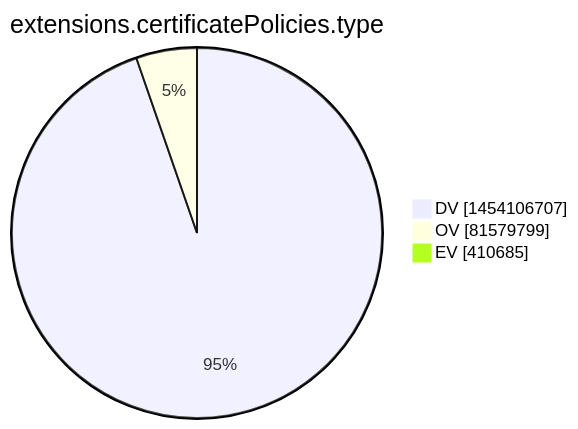
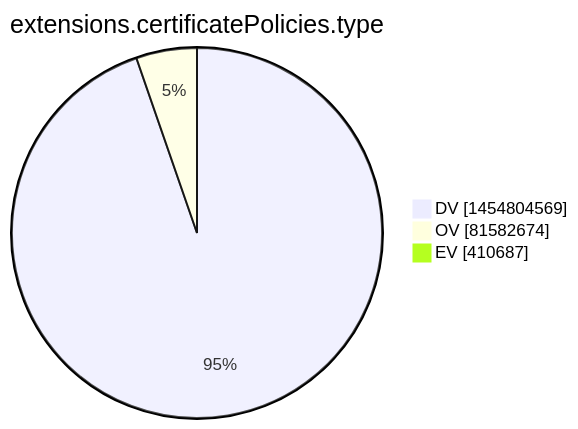
One commit to christiankrug/ctmonitor_visualization changed the tenth of 15 diagrams in xenon2022/README.md. Above: the diagram before and after it, drawn with Mermaid. The commit also changed other lines of this file, not shown here.

````diff
--- a/xenon2022/README.md
+++ b/xenon2022/README.md
@@ -2870,7 +2870,7 @@
 ```mermaid
 pie showData
 title extensions.certificatePolicies.type
-"DV" :1454106707
-"OV" :81579799
-"EV" :410685
+"DV" :1454804569
+"OV" :81582674
+"EV" :410687
 ```
````
